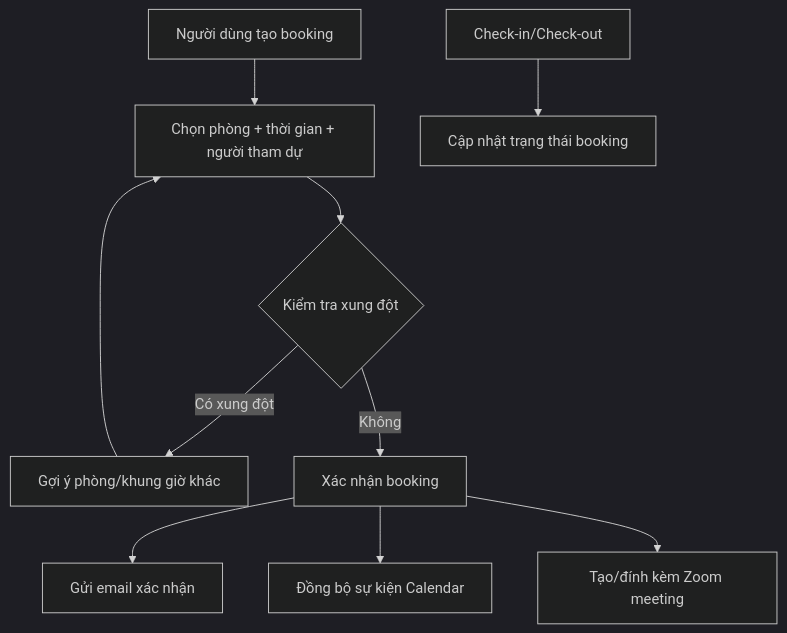
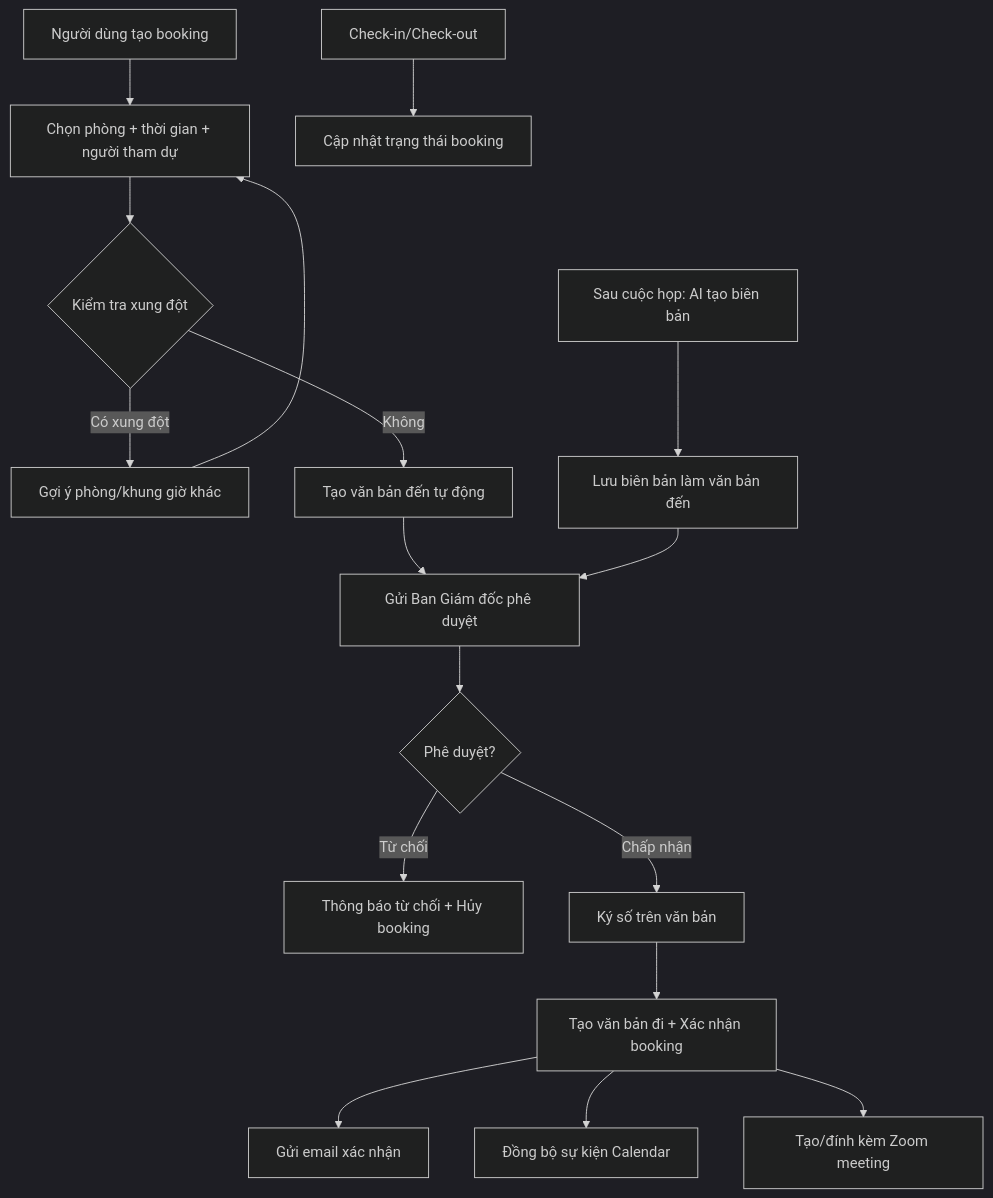
One commit to lamngoctuu18/TTDN-16-01-N6 changed the fourth of 7 diagrams in README.md. Above: the diagram before and after it, drawn with Mermaid (dark theme). The commit also changed other lines of this file and 31 other files, not shown here.

````diff
--- a/README.md
+++ b/README.md
@@ -135,12 +276,19 @@
 ```mermaid
 flowchart TD
     A1[Người dùng tạo booking] --> A2[Chọn phòng + thời gian + người tham dự]
     A2 --> A3{Kiểm tra xung đột}
     A3 -->|Có xung đột| A4[Gợi ý phòng/khung giờ khác]
     A4 --> A2
-    A3 -->|Không| A5[Xác nhận booking]
-    A5 --> A6[Gửi email xác nhận]
-    A5 --> A7[Đồng bộ sự kiện Calendar]
-    A5 --> A8[Tạo/đính kèm Zoom meeting]
-    A9[Check-in/Check-out] --> A10[Cập nhật trạng thái booking]
+    A3 -->|Không| A5[Tạo văn bản đến tự động]
+    A5 --> A6[Gửi Ban Giám đốc phê duyệt]
+    A6 --> A7{Phê duyệt?}
+    A7 -->|Từ chối| A8[Thông báo từ chối + Hủy booking]
+    A7 -->|Chấp nhận| A9[Ký số trên văn bản]
+    A9 --> A10[Tạo văn bản đi + Xác nhận booking]
+    A10 --> A11[Gửi email xác nhận]
+    A10 --> A12[Đồng bộ sự kiện Calendar]
+    A10 --> A13[Tạo/đính kèm Zoom meeting]
+    A14[Sau cuộc họp: AI tạo biên bản] --> A15[Lưu biên bản làm văn bản đến]
+    A15 --> A6
+    A16[Check-in/Check-out] --> A17[Cập nhật trạng thái booking]
 ```
````
